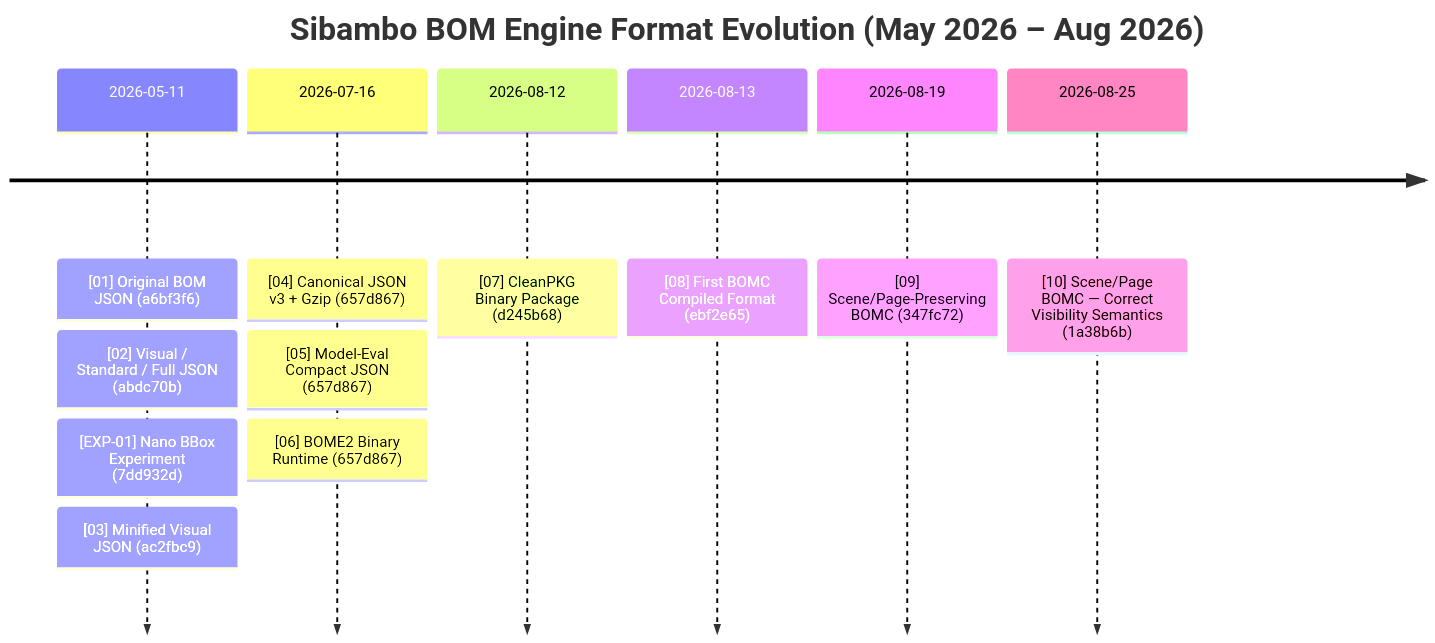
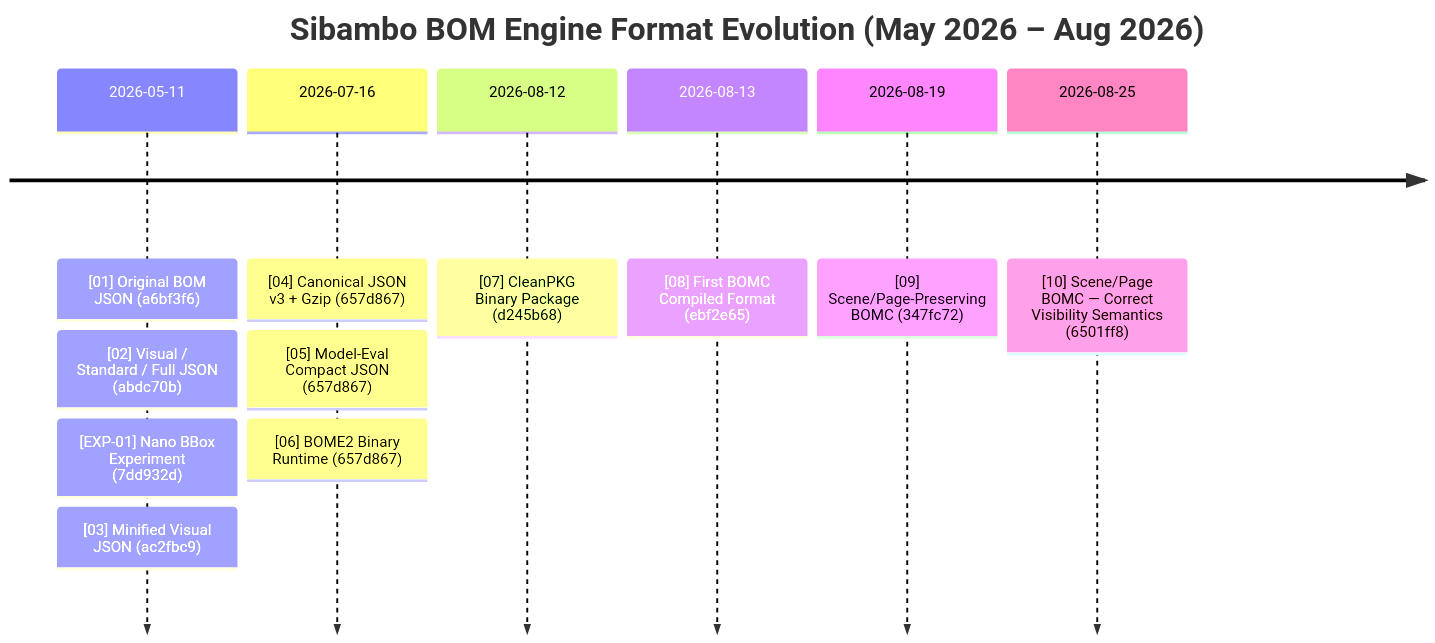
Before and after one commit to KaisAbiyyi/sibambo-bom-engine-plugin: the diagram in BOM_ENGINE_EVOLUTION.md, drawn with Mermaid. The commit also changed other lines of this file and 8 other files, not shown here.

````diff
--- a/BOM_ENGINE_EVOLUTION.md
+++ b/BOM_ENGINE_EVOLUTION.md
@@ -19,15 +19,15 @@
 ```mermaid
 timeline
     title Sibambo BOM Engine Format Evolution (May 2026 – Aug 2026)
     2026-05-11 : [01] Original BOM JSON (a6bf3f6)
                : [02] Visual / Standard / Full JSON (abdc70b)
                : [EXP-01] Nano BBox Experiment (7dd932d)
                : [03] Minified Visual JSON (ac2fbc9)
     2026-07-16 : [04] Canonical JSON v3 + Gzip (657d867)
                : [05] Model-Eval Compact JSON (657d867)
                : [06] BOME2 Binary Runtime (657d867)
     2026-08-12 : [07] CleanPKG Binary Package (d245b68)
     2026-08-13 : [08] First BOMC Compiled Format (ebf2e65)
     2026-08-19 : [09] Scene/Page-Preserving BOMC (347fc72)
-    2026-08-25 : [10] Scene/Page BOMC — Correct Visibility Semantics (1a38b6b)
+    2026-08-25 : [10] Scene/Page BOMC — Correct Visibility Semantics (6501ff8)
 ```
````
